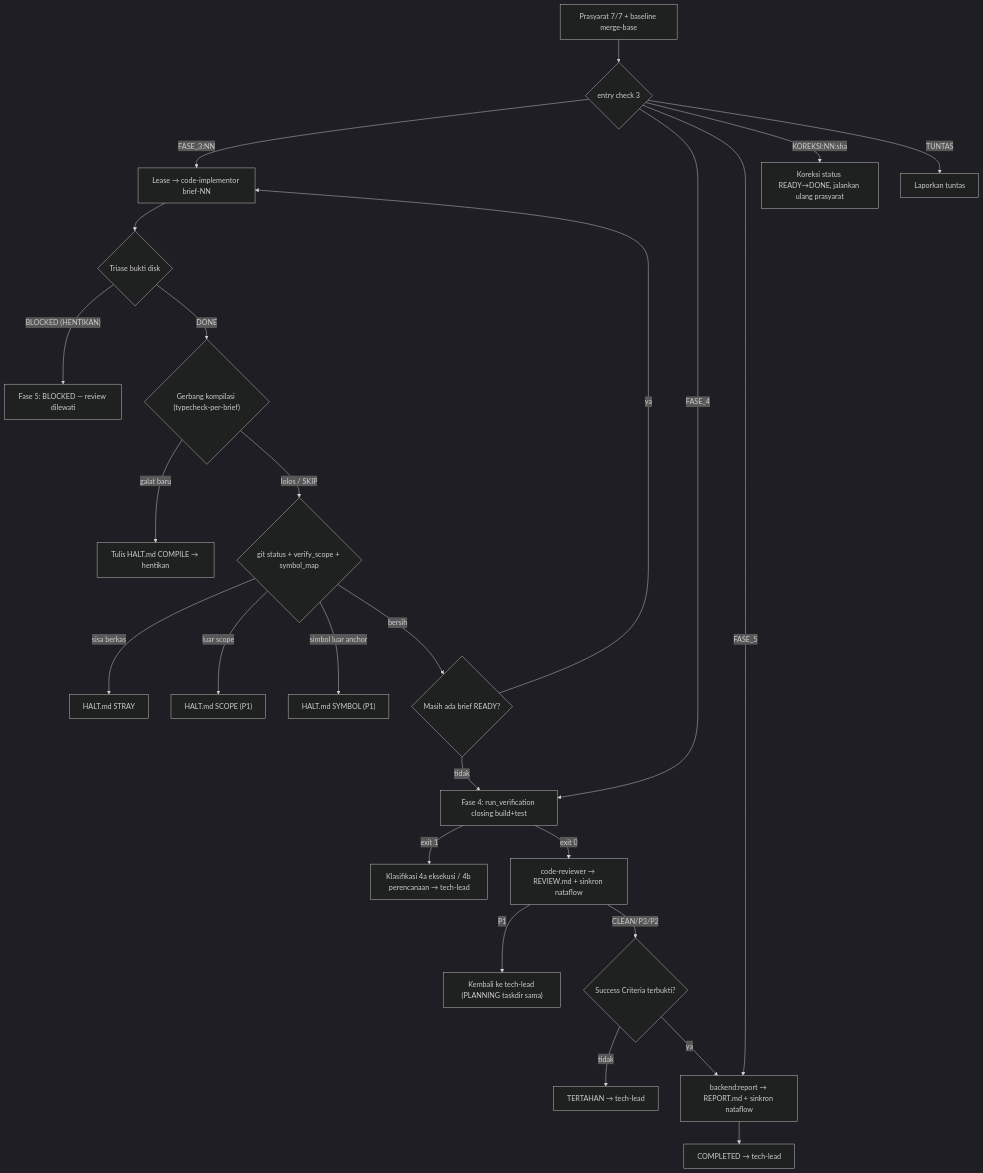
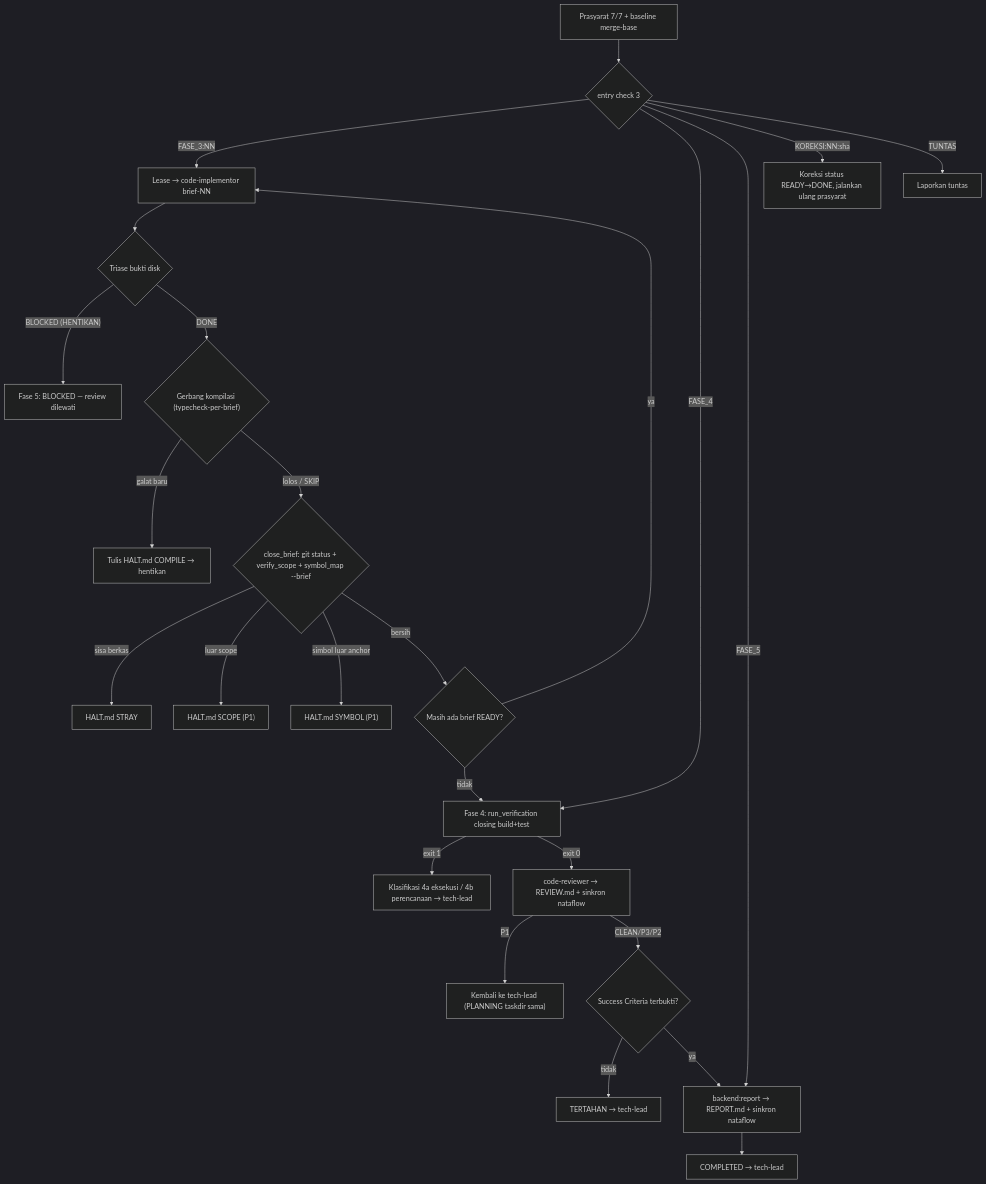
The fifth of 7 diagrams in flow/backend.md (nataflow/agentic-workflow), drawn with Mermaid (dark theme) before and after one commit. The commit also changed other lines of this file and 48 other files, not shown here.

First line of the commit message:
feat(backend): cek simbol deklarasi baru, serah terima PRD, explorer delta, close_brief, dispatch lewat render_prompt (32 S1–S2, H3–H4, E1–E2, L1, C1, T1)

````diff
--- a/flow/backend.md
+++ b/flow/backend.md
@@ -365,27 +369,27 @@
 ```mermaid
 flowchart TD
     P["Prasyarat 7/7 + baseline merge-base"] --> T{"entry check 3"}
     T -->|"FASE_3:NN"| L0
     T -->|FASE_4| V
     T -->|FASE_5| RPT
     T -->|"KOREKSI:NN:sha"| K["Koreksi status READY→DONE, jalankan ulang prasyarat"]
     T -->|TUNTAS| DONEX["Laporkan tuntas"]
     L0["Lease → code-implementor brief-NN"] --> TR{"Triase bukti disk"}
     TR -->|"BLOCKED (HENTIKAN)"| F5B["Fase 5: BLOCKED — review dilewati"]
     TR -->|DONE| CG{"Gerbang kompilasi (typecheck-per-brief)"}
     CG -->|"galat baru"| HALT["Tulis HALT.md COMPILE → hentikan"]
-    CG -->|"lolos / SKIP"| VS{"git status + verify_scope + symbol_map"}
+    CG -->|"lolos / SKIP"| VS{"close_brief: git status + verify_scope + symbol_map --brief"}
     VS -->|"sisa berkas"| HS["HALT.md STRAY"]
     VS -->|"luar scope"| HSC["HALT.md SCOPE (P1)"]
     VS -->|"simbol luar anchor"| HSY["HALT.md SYMBOL (P1)"]
     VS -->|"bersih"| NX{"Masih ada brief READY?"}
     NX -->|ya| L0
     NX -->|tidak| V["Fase 4: run_verification closing build+test"]
     V -->|"exit 1"| F4["Klasifikasi 4a eksekusi / 4b perencanaan → tech-lead"]
     V -->|"exit 0"| CR["code-reviewer → REVIEW.md + sinkron nataflow"]
     CR -->|P1| RTL["Kembali ke tech-lead (PLANNING taskdir sama)"]
     CR -->|"CLEAN/P3/P2"| SCG{"Success Criteria terbukti?"}
     SCG -->|tidak| TT["TERTAHAN → tech-lead"]
     SCG -->|ya| RPT["backend:report → REPORT.md + sinkron nataflow"]
     RPT --> OK["COMPLETED → tech-lead"]
 ```
````
